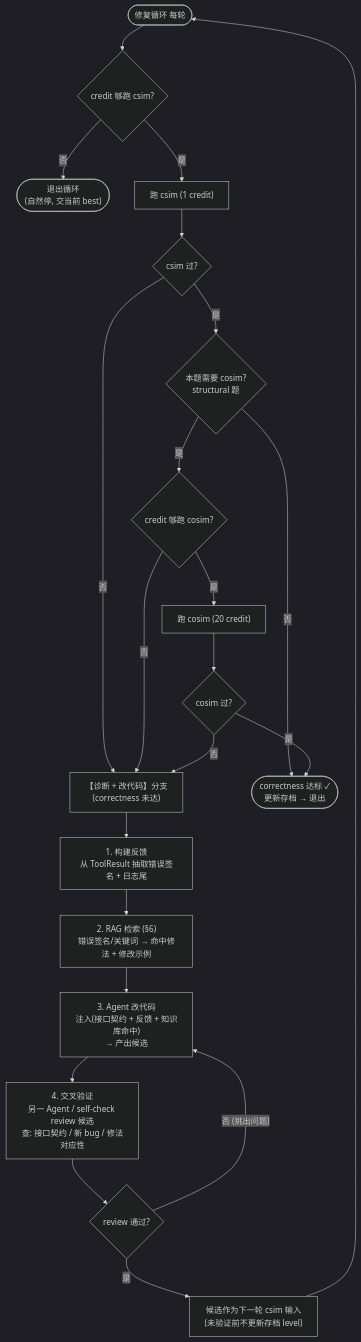
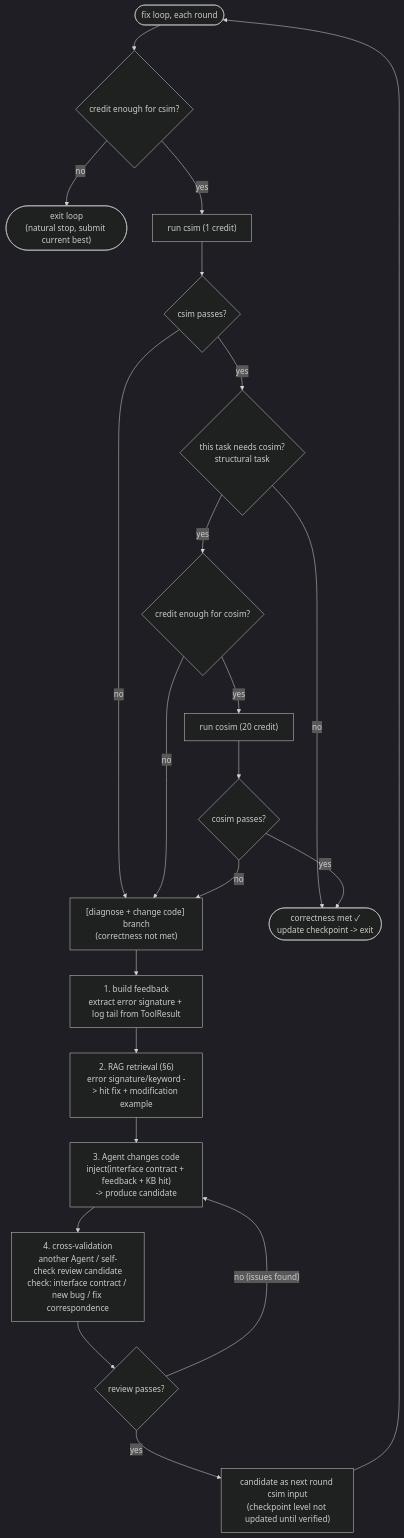
Before and after one commit to QFcattail/llm4hls: the fifth of 8 diagrams in docs-development/design/agent-architecture.md, drawn with Mermaid (dark theme). The commit also changed other lines of this file and 33 other files, not shown here.

````diff
--- a/docs-development/design/agent-architecture.md
+++ b/docs-development/design/agent-architecture.md
@@ -361,29 +363,29 @@
 ```mermaid
 flowchart TD
-    Lp([修复循环 每轮]) --> Q1{credit 够跑 csim?}
-    Q1 -- 否 --> Exit(["退出循环<br/>(自然停, 交当前 best)"])
+    Lp([fix loop, each round]) --> Q1{credit enough for csim?}
+    Q1 -- no --> Exit(["exit loop<br/>(natural stop, submit current best)"])
 
-    Q1 -- 是 --> Csim["跑 csim (1 credit)"]
-    Csim --> Q2{csim 过?}
-    Q2 -- 否 --> Diag
+    Q1 -- yes --> Csim["run csim (1 credit)"]
+    Csim --> Q2{csim passes?}
+    Q2 -- no --> Diag
 
-    Q2 -- 是 --> Q3{本题需要 cosim?<br/>structural 题}
-    Q3 -- 否 --> OK(["correctness 达标 ✓<br/>更新存档 → 退出"])
+    Q2 -- yes --> Q3{this task needs cosim?<br/>structural task}
+    Q3 -- no --> OK(["correctness met ✓<br/>update checkpoint -> exit"])
 
-    Q3 -- 是 --> Q4{credit 够跑 cosim?}
-    Q4 -- 否 --> Diag
-    Q4 -- 是 --> Cosim["跑 cosim (20 credit)"]
-    Cosim --> Q5{cosim 过?}
-    Q5 -- 是 --> OK
-    Q5 -- 否 --> Diag
+    Q3 -- yes --> Q4{credit enough for cosim?}
+    Q4 -- no --> Diag
+    Q4 -- yes --> Cosim["run cosim (20 credit)"]
+    Cosim --> Q5{cosim passes?}
+    Q5 -- yes --> OK
+    Q5 -- no --> Diag
 
-    Diag["【诊断 + 改代码】分支<br/>(correctness 未达)"] --> D1
-    D1["1. 构建反馈<br/>从 ToolResult 抽取错误签名 + 日志尾"] --> D2
-    D2["2. RAG 检索 (§6)<br/>错误签名/关键词 → 命中修法 + 修改示例"] --> D3
-    D3["3. Agent 改代码<br/>注入(接口契约 + 反馈 + 知识库命中)<br/>→ 产出候选"] --> D4
-    D4["4. 交叉验证<br/>另一 Agent / self-check review 候选<br/>查: 接口契约 / 新 bug / 修法对应性"]
-    D4 --> Q6{review 通过?}
-    Q6 -- 否 (挑出问题) --> D3
-    Q6 -- 是 --> Next["候选作为下一轮 csim 输入<br/>(未验证前不更新存档 level)"]
+    Diag["[diagnose + change code] branch<br/>(correctness not met)"] --> D1
+    D1["1. build feedback<br/>extract error signature + log tail from ToolResult"] --> D2
+    D2["2. RAG retrieval (§6)<br/>error signature/keyword -> hit fix + modification example"] --> D3
+    D3["3. Agent changes code<br/>inject(interface contract + feedback + KB hit)<br/>-> produce candidate"] --> D4
+    D4["4. cross-validation<br/>another Agent / self-check review candidate<br/>check: interface contract / new bug / fix correspondence"]
+    D4 --> Q6{review passes?}
+    Q6 -- no (issues found) --> D3
+    Q6 -- yes --> Next["candidate as next round csim input<br/>(checkpoint level not updated until verified)"]
     Next --> Lp
 ```
````
